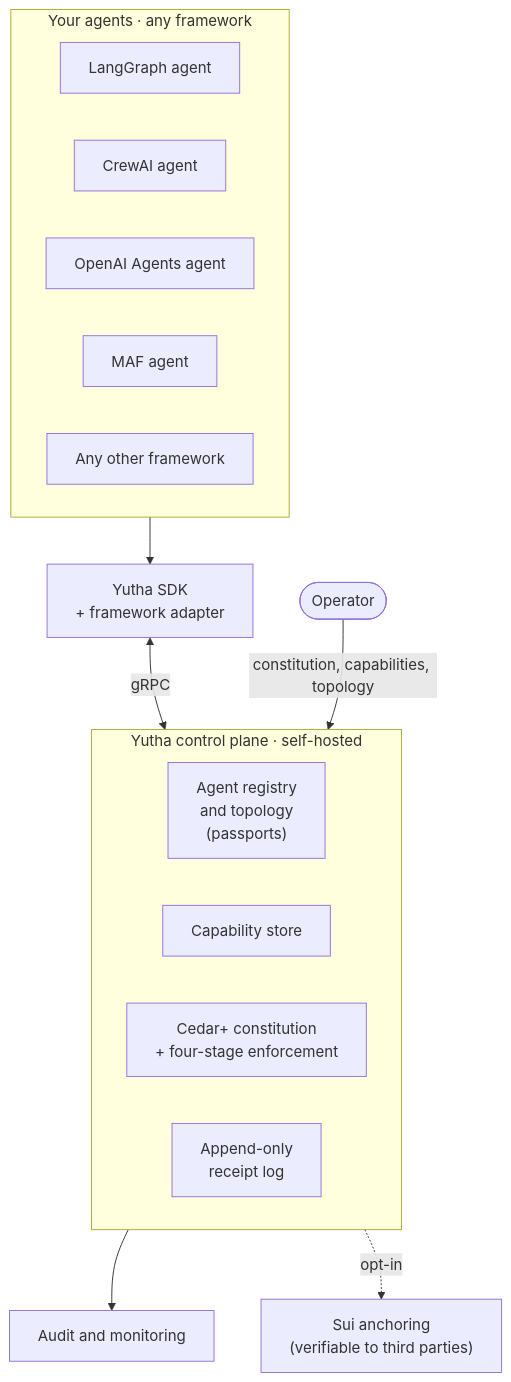
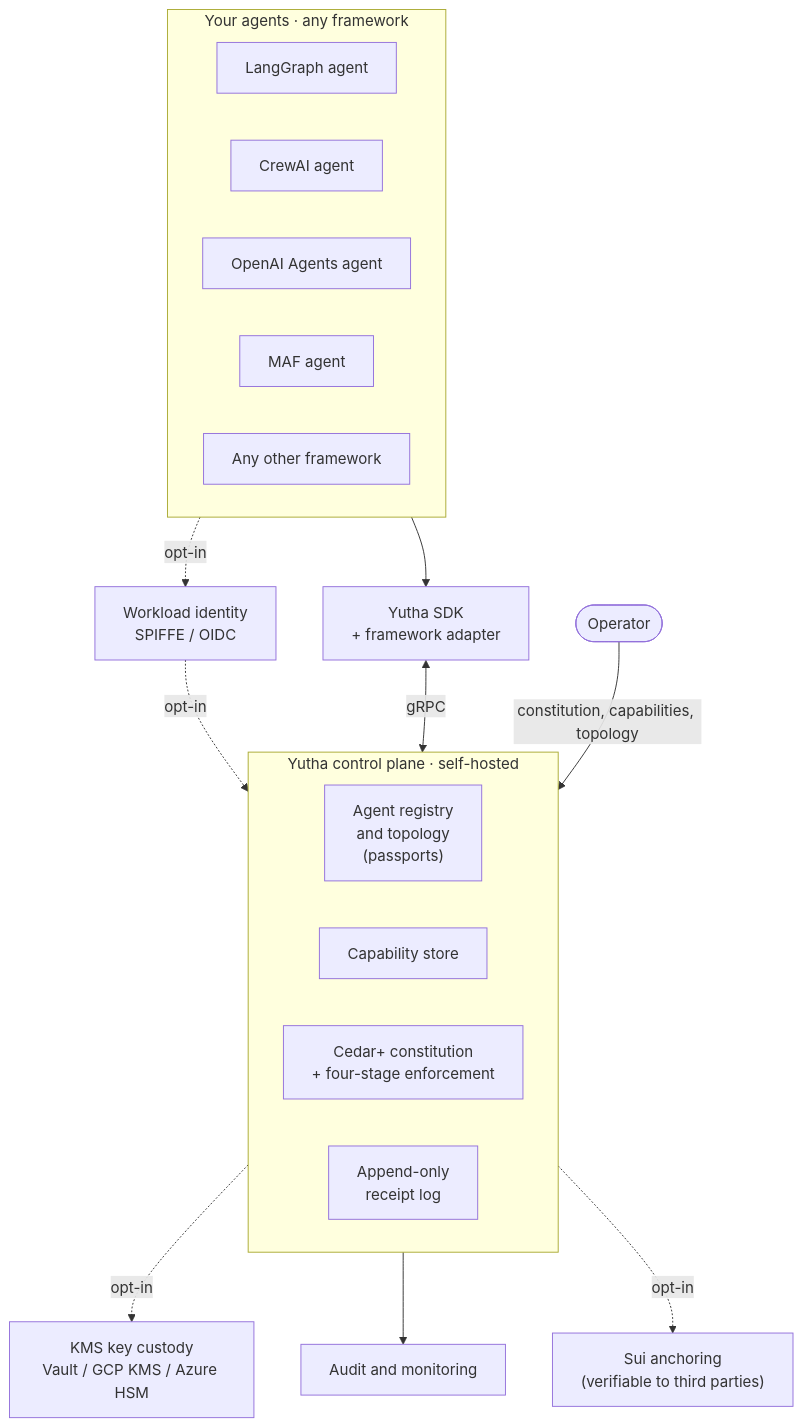
One commit to abhinavg6/yutha changed the diagram in docs/index.md. Above: the diagram before and after it, drawn with Mermaid. The commit also changed other lines of this file and 24 other files, not shown here.

````diff
--- a/docs/index.md
+++ b/docs/index.md
@@ -21,32 +21,38 @@
 ```mermaid
 flowchart TB
     Op(["Operator"])
 
     subgraph YA["Your agents · any framework"]
         direction LR
         A1["LangGraph agent"]
         A2["CrewAI agent"]
         A3["OpenAI Agents agent"]
         A4["MAF agent"]
         A5["Any other framework"]
     end
 
+    Attest["Workload identity<br/>SPIFFE / OIDC"]
+
     SDK["Yutha SDK<br/>+ framework adapter"]
 
     subgraph CP["Yutha control plane · self-hosted"]
         direction LR
         Reg["Agent registry<br/>and topology<br/>(passports)"]
         Cap["Capability store"]
         Const["Cedar+ constitution<br/>+ four-stage enforcement"]
         Rec["Append-only<br/>receipt log"]
     end
 
+    KMS["KMS key custody<br/>Vault / GCP KMS / Azure HSM"]
     Audit["Audit and monitoring"]
     Sui["Sui anchoring<br/>(verifiable to third parties)"]
 
     YA --> SDK
+    YA -.->|"opt-in"| Attest
+    Attest -.->|"opt-in"| Reg
     SDK <-->|gRPC| CP
     Op -->|"constitution, capabilities, topology"| CP
+    Reg -.->|"opt-in"| KMS
     Rec --> Audit
     Rec -.->|"opt-in"| Sui
 ```
````
